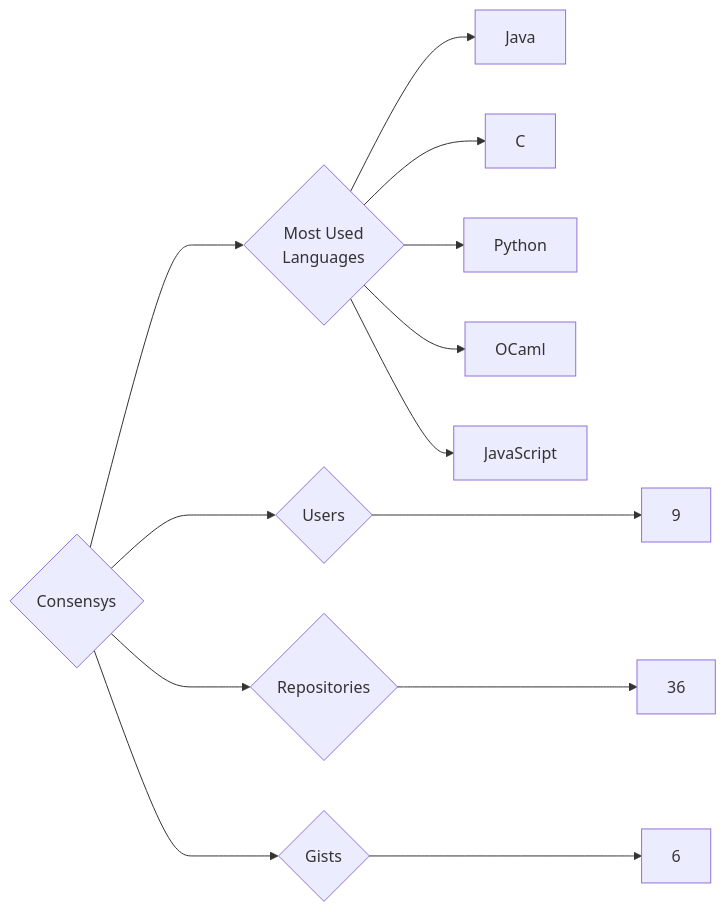
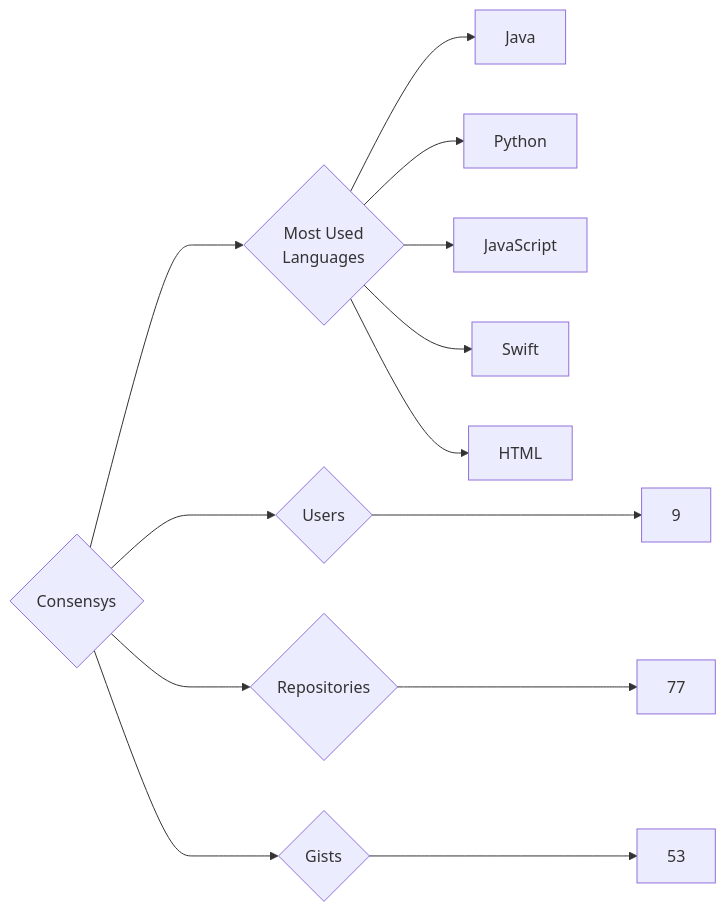
One commit to trickest/insiders changed the diagram in targets/Consensys/README.md. Above: the diagram before and after it, drawn with Mermaid. The commit also changed 1212 other files, not shown here.

````diff
--- a/targets/Consensys/README.md
+++ b/targets/Consensys/README.md
@@ -3,13 +3,13 @@
 ```mermaid
 graph LR
 COMPANY_NAME{Consensys}
 COMPANY_NAME ---> U{Users} ---> UN[9]
-COMPANY_NAME ---> R{Repositories} ---> RN[36]
-COMPANY_NAME ---> G{Gists} ---> GN[6]
+COMPANY_NAME ---> R{Repositories} ---> RN[77]
+COMPANY_NAME ---> G{Gists} ---> GN[53]
 COMPANY_NAME ---> ML{Most Used<br>Languages}
 ML --> Java[Java]
-ML --> C[C]
 ML --> Python[Python]
-ML --> OCaml[OCaml]
 ML --> JavaScript[JavaScript]
+ML --> Swift[Swift]
+ML --> HTML[HTML]
 ```
````
